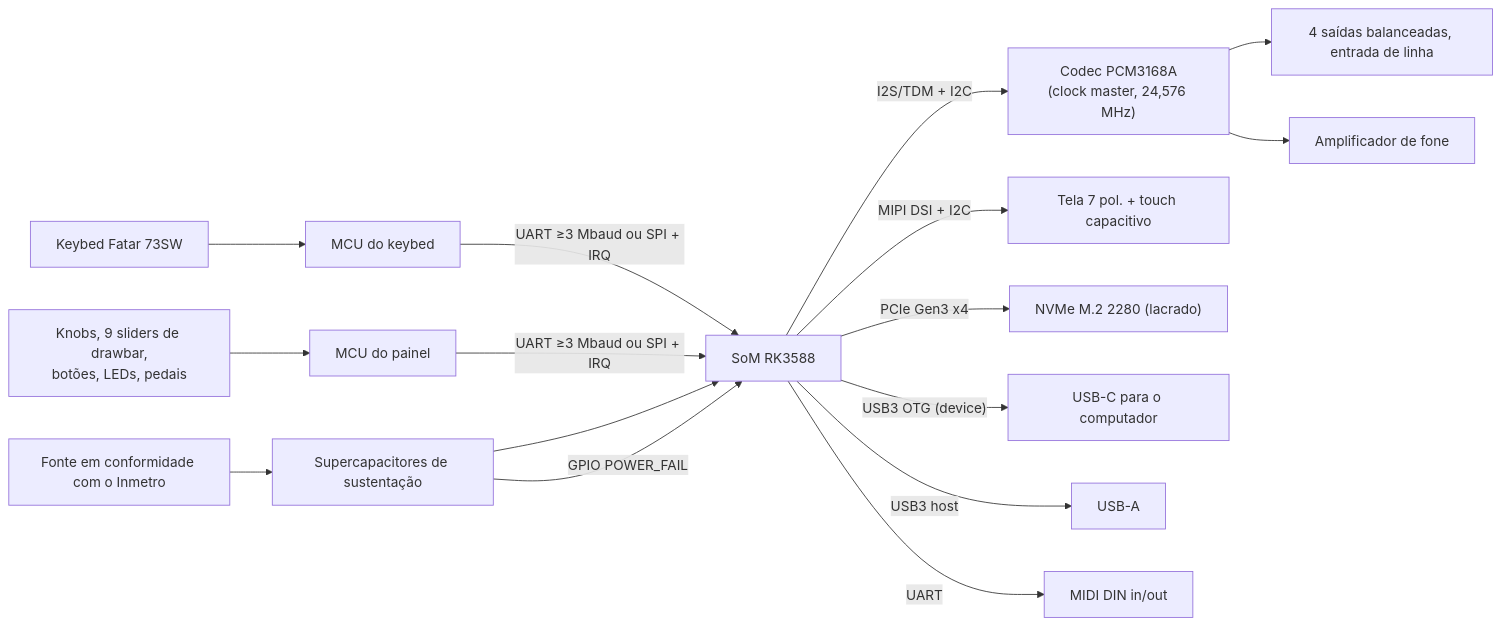
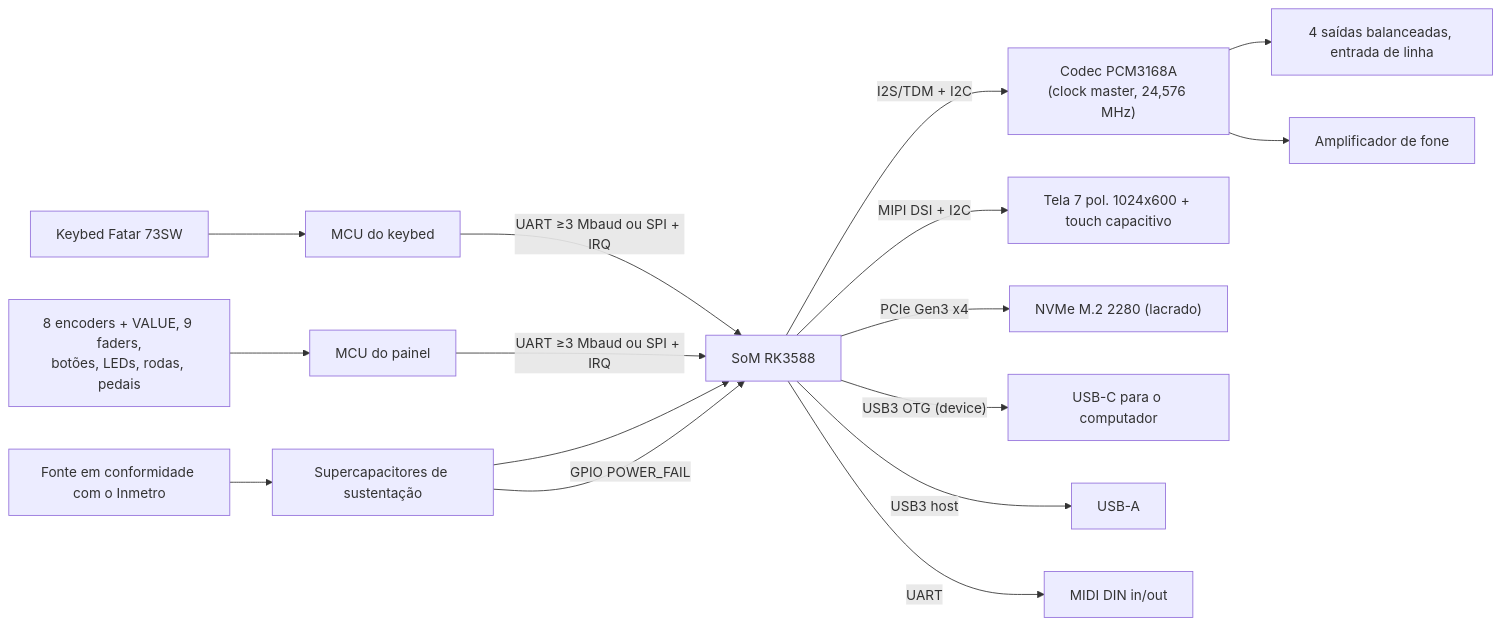
One commit to mateusbueno/buenos-x64-workstation changed the diagram in _bmad-output/planning-artifacts/architecture/architecture-buenos-x64-workstation-2026-10-17/HARDWARE-INTERFACES.pt-BR.md. Above: the diagram before and after it, drawn with Mermaid. The commit also changed other lines of this file and 33 other files, not shown here.

````diff
--- a/_bmad-output/planning-artifacts/architecture/architecture-buenos-x64-workstation-2026-10-17/HARDWARE-INTERFACES.pt-BR.md
+++ b/_bmad-output/planning-artifacts/architecture/architecture-buenos-x64-workstation-2026-10-17/HARDWARE-INTERFACES.pt-BR.md
@@ -12,17 +12,17 @@
 ```mermaid
 flowchart LR
   KB["Keybed Fatar 73SW"] --> KMCU["MCU do keybed"]
-  PANEL["Knobs, 9 sliders de drawbar,<br/>botões, LEDs, pedais"] --> PMCU["MCU do painel"]
+  PANEL["8 encoders + VALUE, 9 faders,<br/>botões, LEDs, rodas, pedais"] --> PMCU["MCU do painel"]
   KMCU -- "UART ≥3 Mbaud ou SPI + IRQ" --> SOM["SoM RK3588"]
   PMCU -- "UART ≥3 Mbaud ou SPI + IRQ" --> SOM
   SOM -- "I2S/TDM + I2C" --> CODEC["Codec PCM3168A<br/>(clock master, 24,576 MHz)"]
   CODEC --> OUT["4 saídas balanceadas, entrada de linha"]
   CODEC --> HP["Amplificador de fone"]
-  SOM -- "MIPI DSI + I2C" --> LCD["Tela 7 pol. + touch capacitivo"]
+  SOM -- "MIPI DSI + I2C" --> LCD["Tela 7 pol. 1024x600 + touch capacitivo"]
   SOM -- "PCIe Gen3 x4" --> NVME["NVMe M.2 2280 (lacrado)"]
   SOM -- "USB3 OTG (device)" --> USBC["USB-C para o computador"]
   SOM -- "USB3 host" --> USBA["USB-A"]
   SOM -- "UART" --> MIDI["MIDI DIN in/out"]
   PSU["Fonte em conformidade com o Inmetro"] --> HOLD["Supercapacitores de sustentação"] --> SOM
   HOLD -- "GPIO POWER_FAIL" --> SOM
 ```
````
